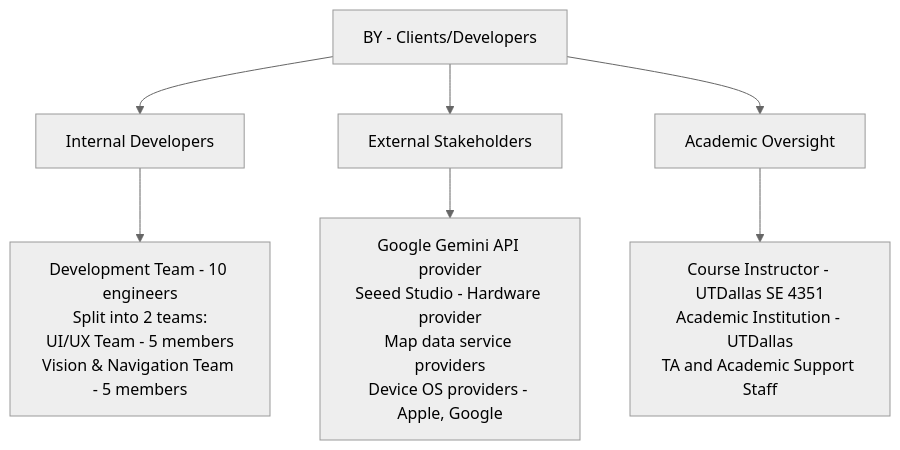
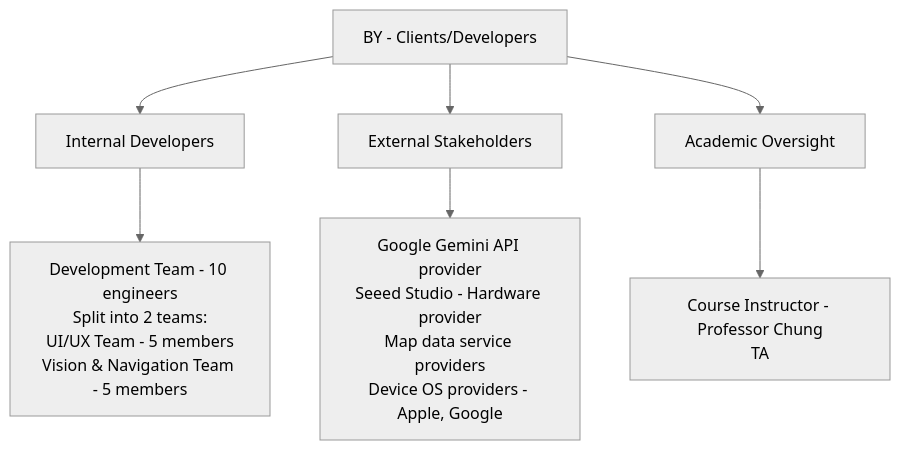
Before and after one commit to phamleduy04/se4351-mobile-f25: the third of 11 diagrams in docs/Project 2/WRS Project 2.md, drawn with Mermaid (neutral theme). The commit also changed 2 other files, not shown here.

````diff
--- a/docs/Project 2/WRS Project 2.md
+++ b/docs/Project 2/WRS Project 2.md
@@ -61,22 +61,22 @@
 ```mermaid
 graph TB
     BY["BY - Clients/Developers"]
     
     INTERNAL["Internal Developers"]
     EXTERNAL["External Stakeholders"]
     OVERSIGHT["Academic Oversight"]
     
     BY --> INTERNAL
     BY --> EXTERNAL
     BY --> OVERSIGHT
     
     INTERNAL_DESC["Development Team - 10 engineers<br/>Split into 2 teams:<br/>UI/UX Team - 5 members<br/>Vision & Navigation Team - 5 members"]
     
     EXTERNAL_DESC["Google Gemini API provider<br/>Seeed Studio - Hardware provider<br/>Map data service providers<br/>Device OS providers - Apple, Google"]
     
-    OVERSIGHT_DESC["Course Instructor - UTDallas SE 4351<br/>Academic Institution - UTDallas<br/>TA and Academic Support Staff"]
+    OVERSIGHT_DESC["Course Instructor - Professor Chung<br/>TA"]
     
     INTERNAL --> INTERNAL_DESC
     EXTERNAL --> EXTERNAL_DESC
     OVERSIGHT --> OVERSIGHT_DESC
 ```
````
